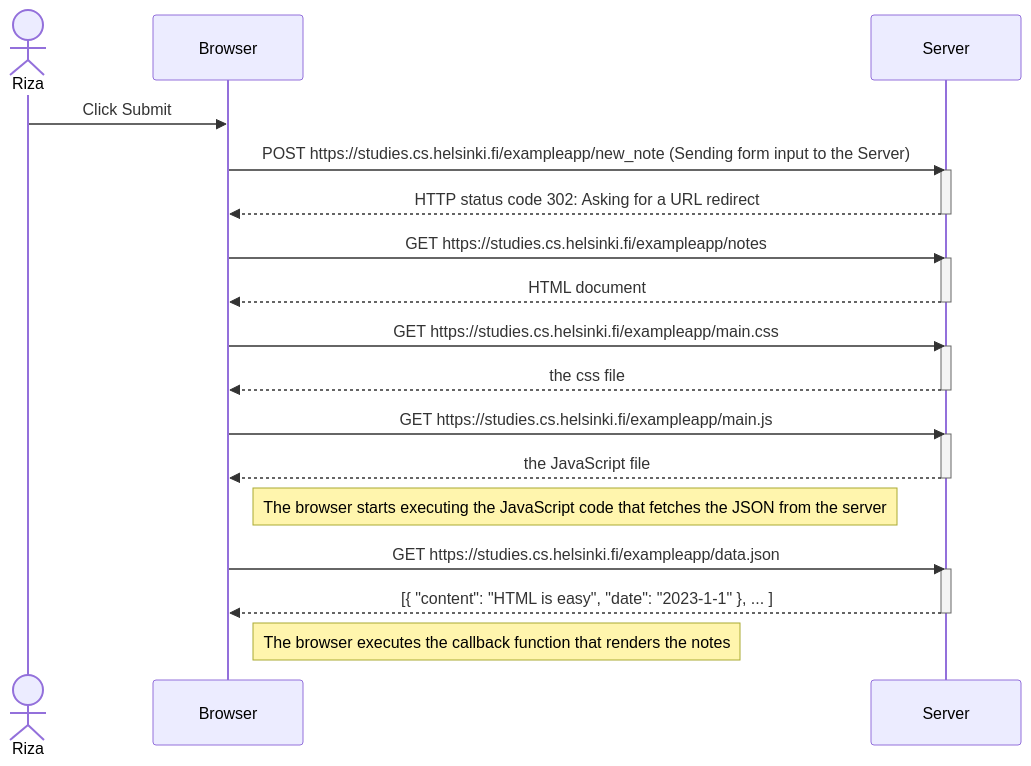
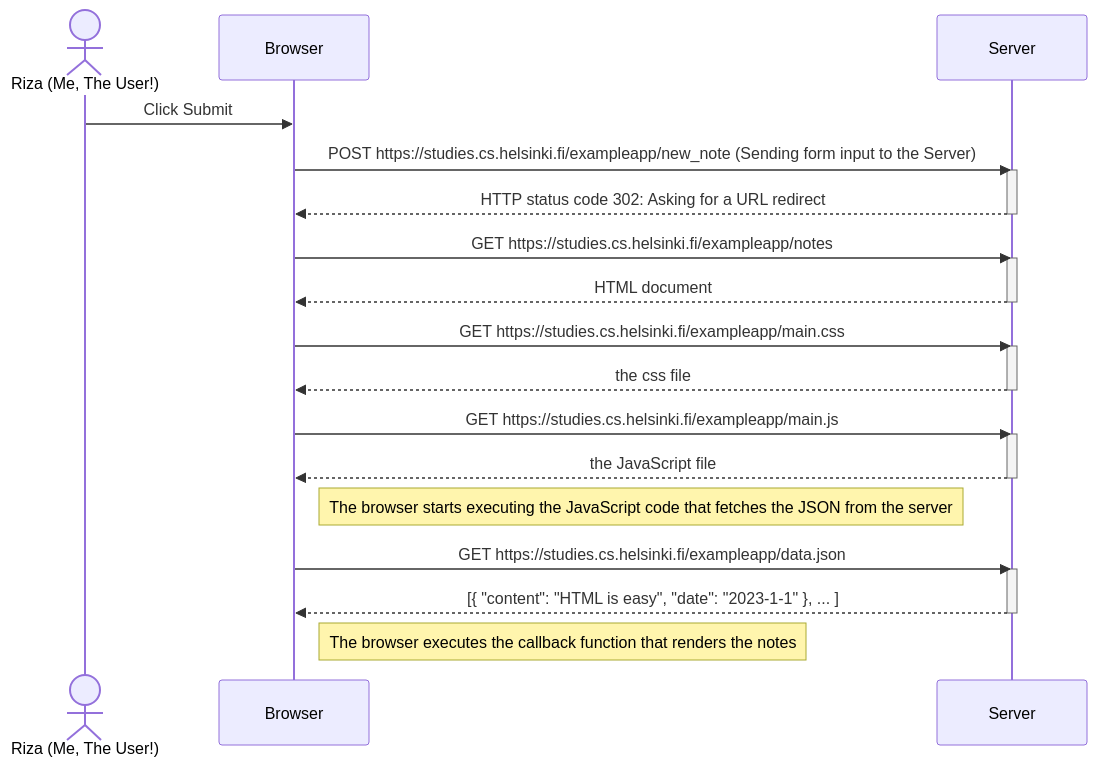
Before and after one commit to urmulu-riza/FullStackOpen-Part0: the diagram in nonSPA-NewNoteSeqDiagram.md, drawn with Mermaid. The commit also changed other lines of this file and 2 other files, not shown here.

Commit message:
SPA new note sequence diagram

````diff
--- a/nonSPA-NewNoteSeqDiagram.md
+++ b/nonSPA-NewNoteSeqDiagram.md
@@ -1,37 +4,37 @@
 ```mermaid
 sequenceDiagram
-    Actor r as Riza
+    Actor r as Riza (Me, The User!)
     participant b as Browser
     participant s as Server
 
-        r->>b: Click Submit
-        b->>s: POST https://studies.cs.helsinki.fi/exampleapp/new_note (Sending form input to the Server)
+    r->>b: Click Submit
+    b->>s: POST https://studies.cs.helsinki.fi/exampleapp/new_note (Sending form input to the Server)
     activate s
     s-->>b: HTTP status code 302: Asking for a URL redirect
     deactivate s
 
     b->>s: GET https://studies.cs.helsinki.fi/exampleapp/notes
     activate s
     s-->>b: HTML document
     deactivate s
 
     b->>s: GET https://studies.cs.helsinki.fi/exampleapp/main.css
     activate s
     s-->>b: the css file
     deactivate s
 
     b->>s: GET https://studies.cs.helsinki.fi/exampleapp/main.js
     activate s
     s-->>b: the JavaScript file
     deactivate s
 
     Note right of b: The browser starts executing the JavaScript code that fetches the JSON from the server
 
     b->>s: GET https://studies.cs.helsinki.fi/exampleapp/data.json
     activate s
     s-->>b: [{ "content": "HTML is easy", "date": "2023-1-1" }, ... ]
     deactivate s
 
     Note right of b: The browser executes the callback function that renders the notes
 
 ```
````
